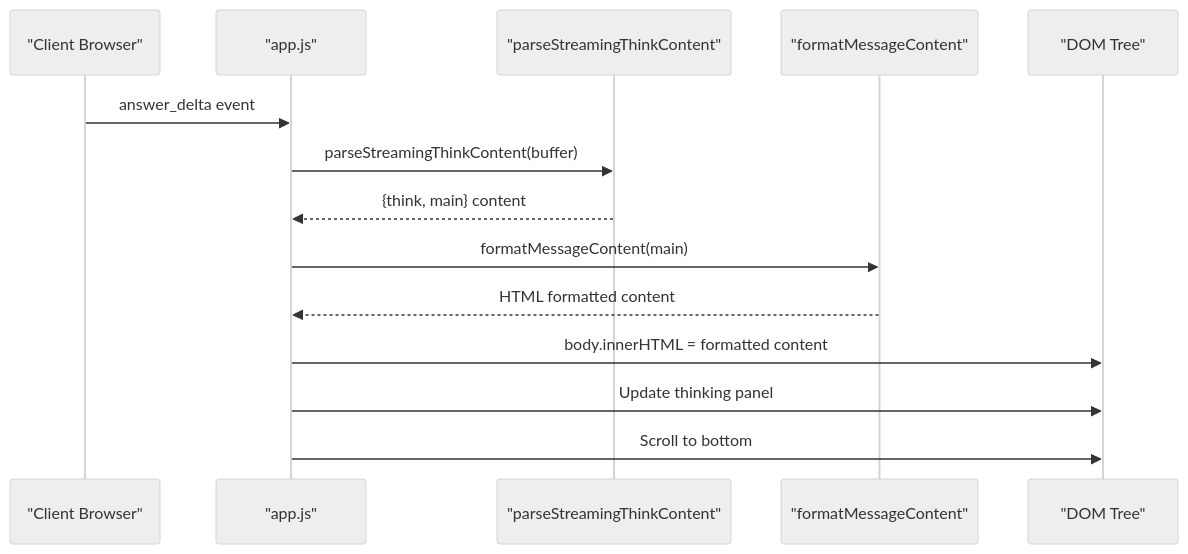
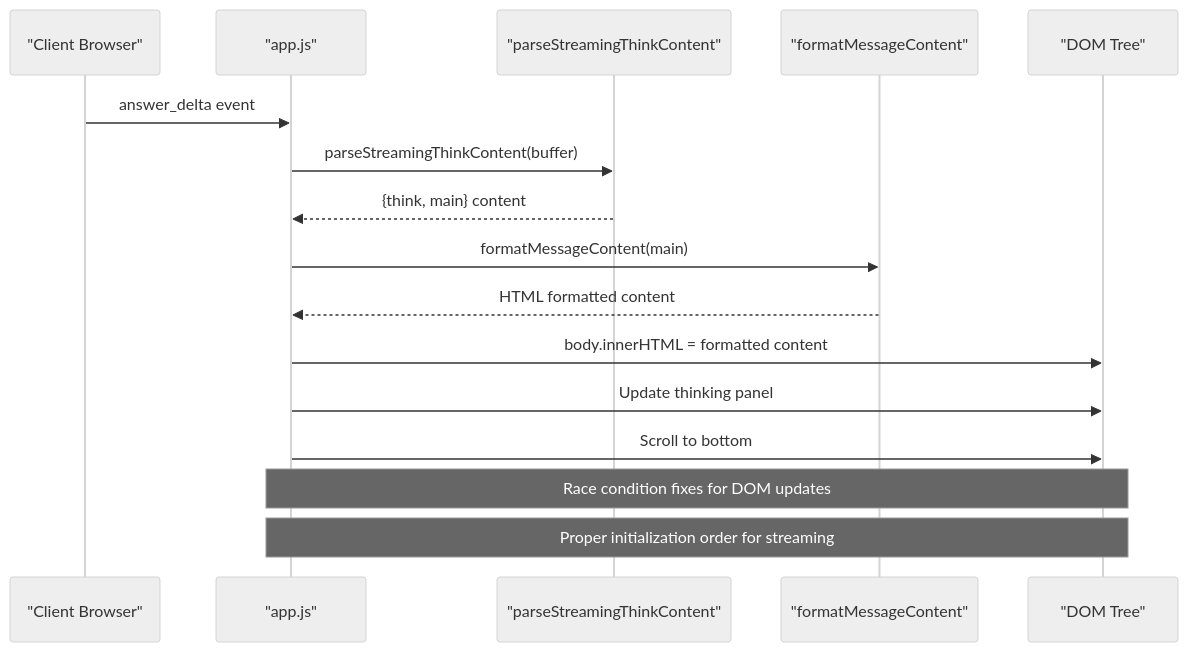
Before and after one commit to intellistream/sage-mate: the seventh of 10 diagrams in .qoder/repowiki/en/content/Core Components/Core Components.md, drawn with Mermaid (neutral theme). The commit also changed other lines of this file and 22 other files, not shown here.

````diff
--- a/.qoder/repowiki/en/content/Core Components/Core Components.md
+++ b/.qoder/repowiki/en/content/Core Components/Core Components.md
@@ -573,16 +545,18 @@
 ```mermaid
 sequenceDiagram
 participant Client as "Client Browser"
 participant App as "app.js"
 participant Parser as "parseStreamingThinkContent"
 participant Formatter as "formatMessageContent"
 participant DOM as "DOM Tree"
 Client->>App : answer_delta event
 App->>Parser : parseStreamingThinkContent(buffer)
 Parser-->>App : {think, main} content
 App->>Formatter : formatMessageContent(main)
 Formatter-->>App : HTML formatted content
 App->>DOM : body.innerHTML = formatted content
 App->>DOM : Update thinking panel
 App->>DOM : Scroll to bottom
+Note over App,DOM : Race condition fixes for DOM updates
+Note over App,DOM : Proper initialization order for streaming
 ```
````
